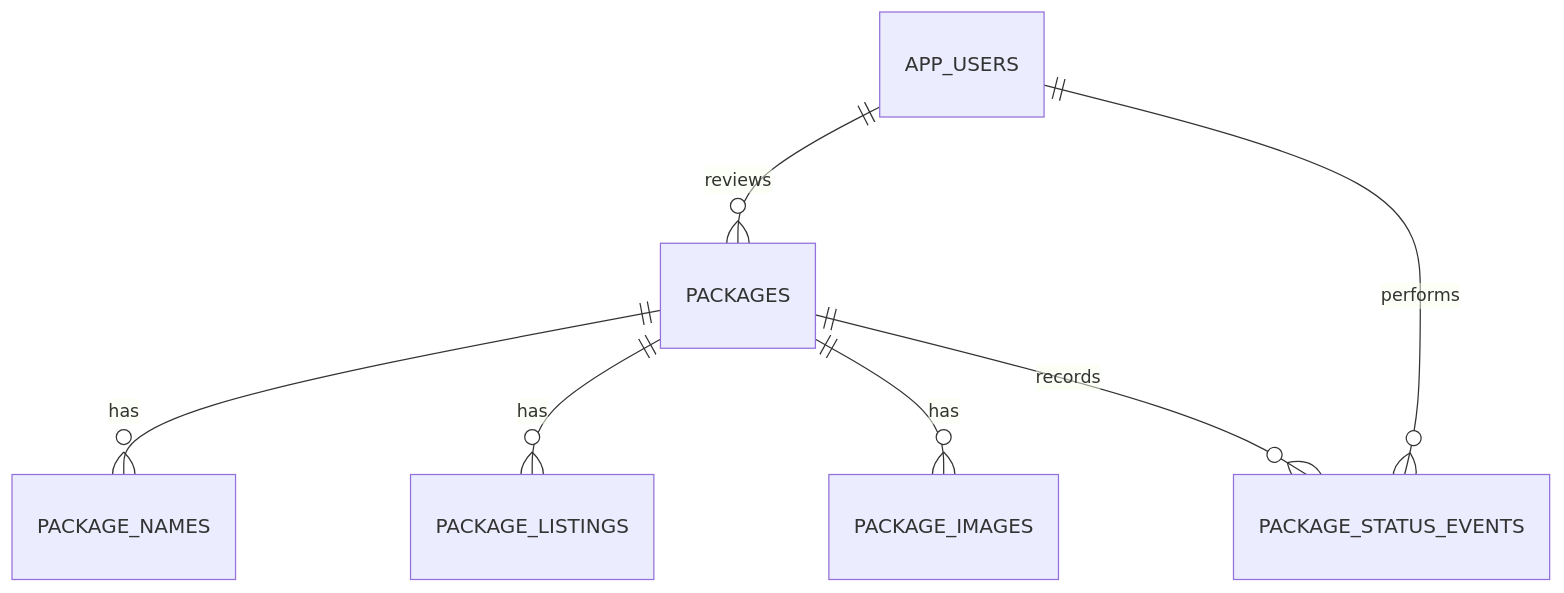
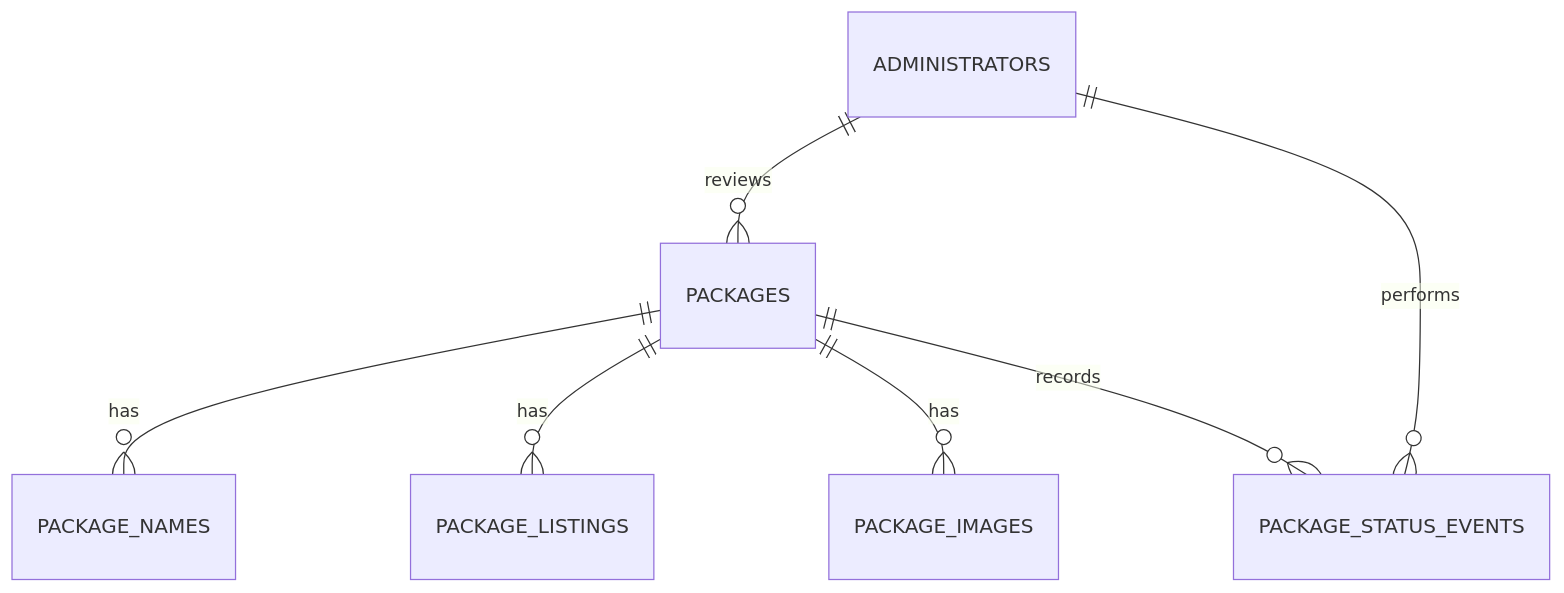
Before and after one commit to sillsdev/appbuilder-container-faithtech: the diagram in README.md, drawn with Mermaid. The commit also changed other lines of this file and 3 other files, not shown here.

Commit message:
Refine administrator account schema

````diff
--- a/README.md
+++ b/README.md
@@ -27,9 +29,9 @@
 ```mermaid
 erDiagram
-    APP_USERS ||--o{ PACKAGES : reviews
-    APP_USERS ||--o{ PACKAGE_STATUS_EVENTS : performs
+    ADMINISTRATORS ||--o{ PACKAGES : reviews
+    ADMINISTRATORS ||--o{ PACKAGE_STATUS_EVENTS : performs
     PACKAGES ||--o{ PACKAGE_NAMES : has
     PACKAGES ||--o{ PACKAGE_LISTINGS : has
     PACKAGES ||--o{ PACKAGE_IMAGES : has
     PACKAGES ||--o{ PACKAGE_STATUS_EVENTS : records
 ```
````
